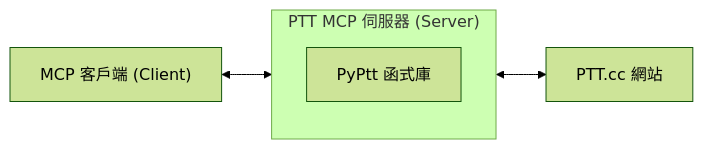
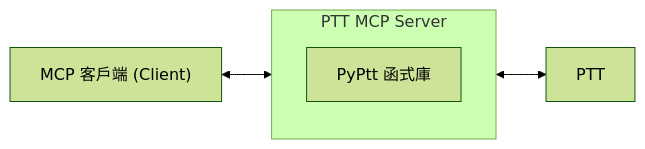
One commit to PyPtt/ptt_mcp_server changed the diagram in README.md. Above: the diagram before and after it, drawn with Mermaid (forest theme). The commit also changed other lines of this file and 11 other files, not shown here.

````diff
--- a/README.md
+++ b/README.md
@@ -85,13 +85,13 @@
 ```mermaid
 graph LR
     A["MCP 客戶端 (Client)"]
 
-    subgraph B ["PTT MCP 伺服器 (Server)"]
+    subgraph B ["PTT MCP Server"]
         D["PyPtt 函式庫"]
     end
 
-    C["PTT.cc 網站"]
+    C["PTT"]
 
     A <--> B
     B <--> C
 ```
````
